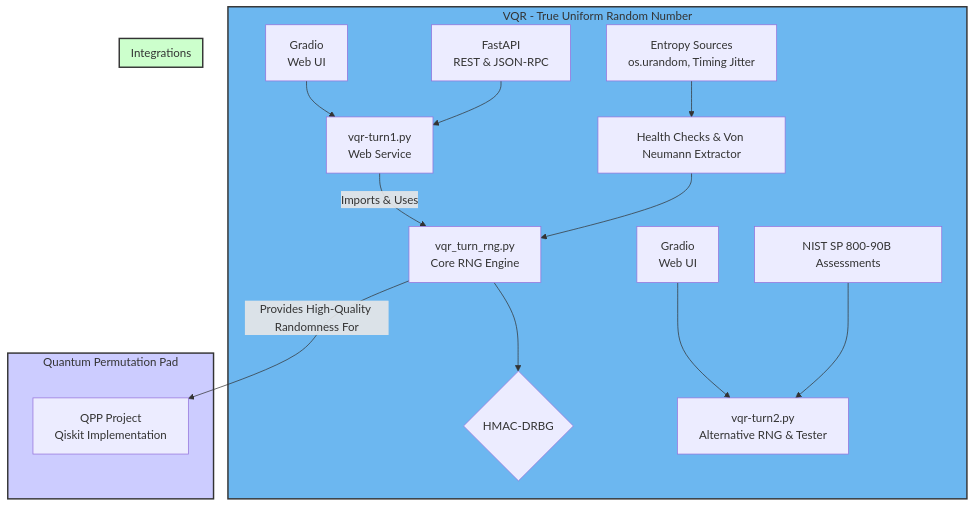
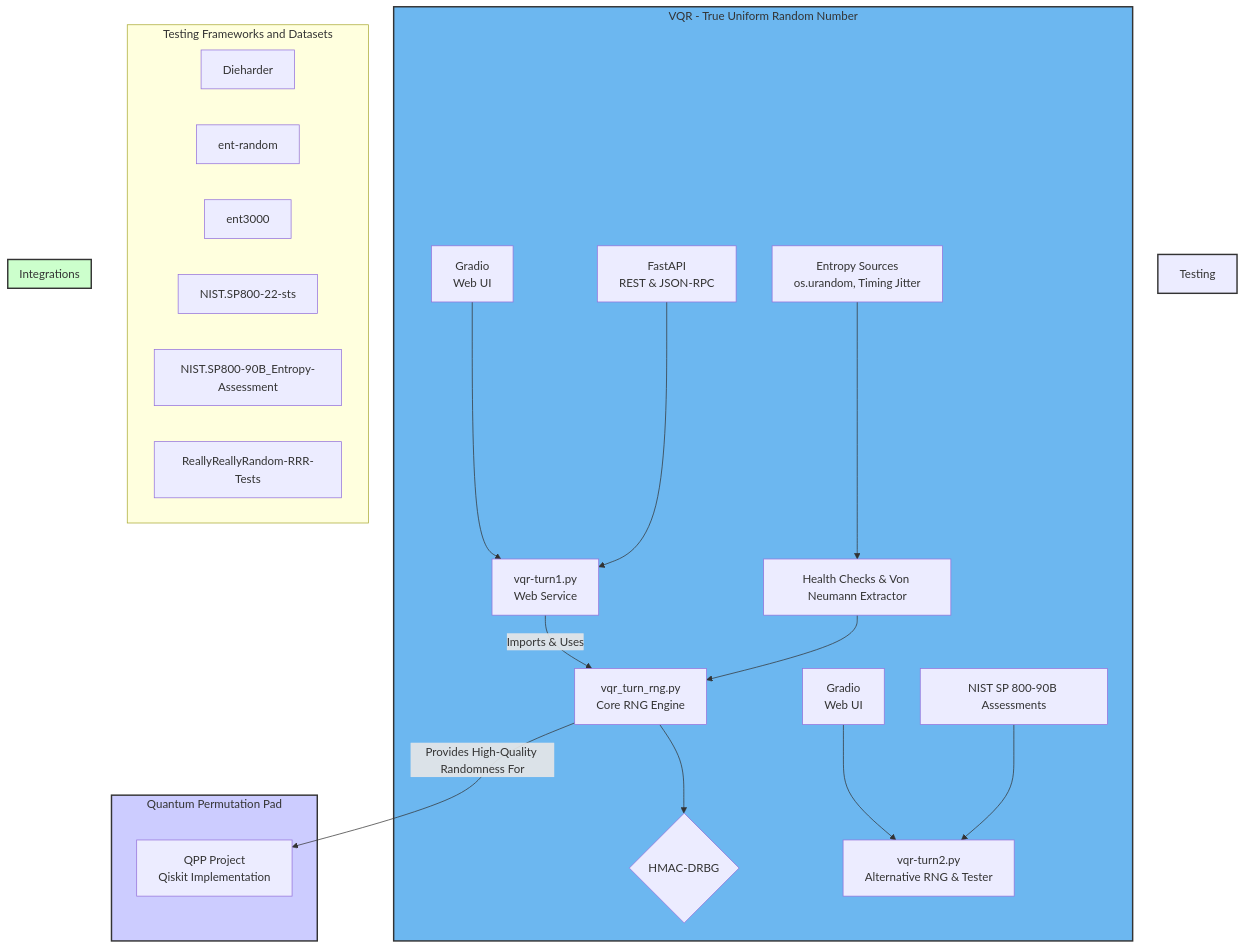
Before and after one commit to SAMeh-ZAGhloul/Virtual-Quantum-Reality-VQR_True-Uniform-Random-Number-TURN: the diagram in README.md, drawn with Mermaid. The commit also changed other lines of this file, not shown here.

Commit message:
Cryptographic Randomness

````diff
--- a/README.md
+++ b/README.md
@@ -35,28 +38,38 @@
 ```mermaid
 graph TD
     subgraph VQR_TURN [VQR - True Uniform Random Number]
         A[vqr_turn_rng.py <br> Core RNG Engine] --> B{HMAC-DRBG};
         C[Entropy Sources <br> os.urandom, Timing Jitter] --> D[Health Checks & Von Neumann Extractor];
         D --> A;
 
         E[vqr-turn1.py <br> Web Service] -- "Imports & Uses" --> A;
         F[FastAPI <br> REST & JSON-RPC] --> E;
         G[Gradio <br> Web UI] --> E;
 
         H[vqr-turn2.py <br> Alternative RNG & Tester];
         I[NIST SP 800-90B Assessments] --> H;
         J[Gradio <br> Web UI] --> H;
     end
 
     subgraph QPP [Quantum Permutation Pad]
         K[QPP Project <br> Qiskit Implementation];
     end
 
+    subgraph Testing Frameworks and Datasets
+        L[Dieharder]
+        M[ent-random]
+        N[ent3000]
+        O[NIST.SP800-22-sts]
+        P[NIST.SP800-90B_Entropy-Assessment]
+        Q[ReallyReallyRandom-RRR-Tests]
+    end
+
     subgraph Integrations
         A -- "Provides High-Quality Randomness For" --> K;
     end
 
     style VQR_TURN fill:#6cb7f0,stroke:#333,stroke-width:2px
     style QPP fill:#ccf,stroke:#333,stroke-width:2px
+    style Testing Frameworks and Datasets fill:#f9f,stroke:#333,stroke-width:2px
     style Integrations fill:#cfc,stroke:#333,stroke-width:2px
 ```
````
